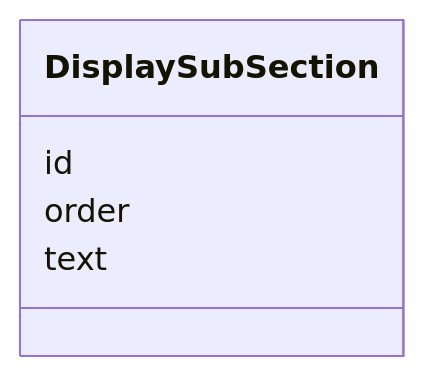
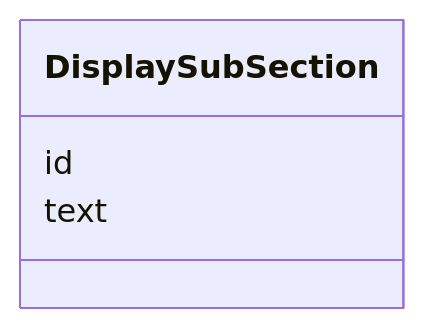
Before and after one commit to cdisc-org/analysis-results-standard: the diagram in project/docs/DisplaySubSection.md, drawn with Mermaid. The commit also changed other lines of this file and 281 other files, not shown here.

````diff
--- a/project/docs/DisplaySubSection.md
+++ b/project/docs/DisplaySubSection.md
@@ -14,11 +14,9 @@
 ```mermaid
  classDiagram
     class DisplaySubSection
       DisplaySubSection : id
         
-      DisplaySubSection : order
-        
       DisplaySubSection : text
         
       
 ```
````
